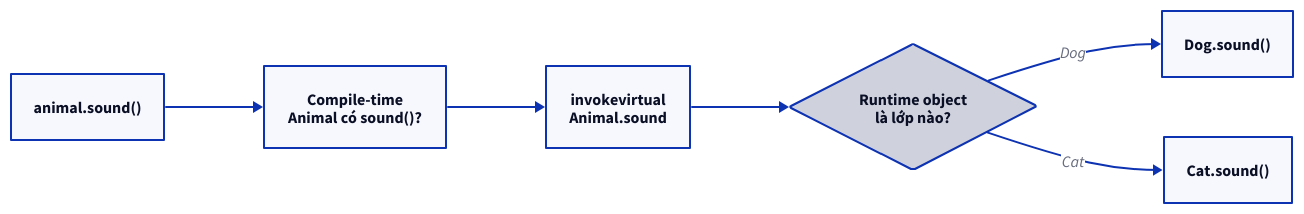
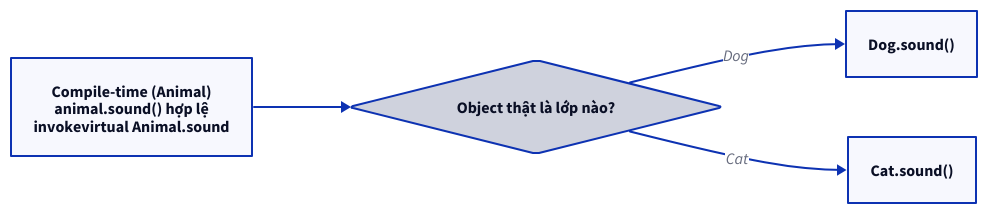
One commit to vanhiep99w/java-learn changed the third of 7 diagrams in content/docs/fundamentals/oop-4-tinh-chat.md. Above: the diagram before and after it, drawn with D2. The commit also changed other lines of this file and 4 other files, not shown here.

Commit message:
docs(oop): replace remaining diagrams and clarify JVM object layout

````diff
--- a/content/docs/fundamentals/oop-4-tinh-chat.md
+++ b/content/docs/fundamentals/oop-4-tinh-chat.md
@@ -212,14 +246,10 @@
 ```d2 title="4.1. Từ lời gọi Java đến invokevirtual"
 direction: right
-n_Call: "animal.sound()"
-n_Compile: "Compile-time\nAnimal có sound()?"
-n_Bytecode: "invokevirtual\nAnimal.sound"
-n_Runtime: "Runtime object\nlà lớp nào?" { shape: diamond }
-n_Dog: "Dog.sound()"
-n_Cat: "Cat.sound()"
-n_Call -> n_Compile
-n_Compile -> n_Bytecode
-n_Bytecode -> n_Runtime
-n_Runtime -> n_Dog: "Dog"
-n_Runtime -> n_Cat: "Cat"
+compile: "Compile-time (Animal)\nanimal.sound() hợp lệ\ninvokevirtual Animal.sound"
+runtime: "Object thật là lớp nào?" { shape: diamond }
+dog: "Dog.sound()"
+cat: "Cat.sound()"
+compile -> runtime
+runtime -> dog: Dog
+runtime -> cat: Cat
 ```
````
